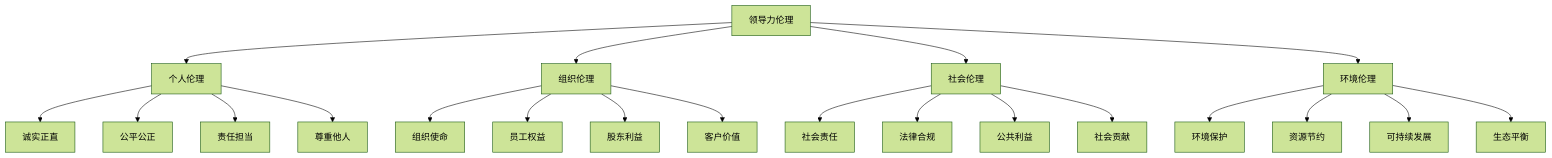
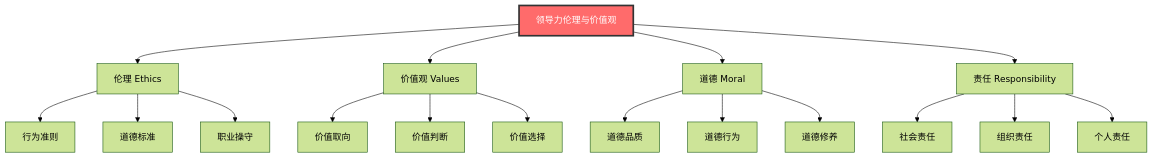
One commit to Anping2017/obsidian changed the first of 6 diagrams in 企业领导力/01-基础认知层/05-领导力伦理与价值观.md. Above: the diagram before and after it, drawn with Mermaid (forest theme). The commit also changed other lines of this file and 8 other files, not shown here.

````diff
--- a/企业领导力/01-基础认知层/05-领导力伦理与价值观.md
+++ b/企业领导力/01-基础认知层/05-领导力伦理与价值观.md
@@ -14,27 +6,25 @@
 ```mermaid
 graph TD
-    A[领导力伦理] --> B[个人伦理]
-    A --> C[组织伦理]
-    A --> D[社会伦理]
-    A --> E[环境伦理]
+    A[领导力伦理与价值观] --> B[伦理 Ethics]
+    A --> C[价值观 Values]
+    A --> D[道德 Moral]
+    A --> E[责任 Responsibility]
     
-    B --> B1[诚实正直]
-    B --> B2[公平公正]
-    B --> B3[责任担当]
-    B --> B4[尊重他人]
+    B --> B1[行为准则]
+    B --> B2[道德标准]
+    B --> B3[职业操守]
     
-    C --> C1[组织使命]
-    C --> C2[员工权益]
-    C --> C3[股东利益]
-    C --> C4[客户价值]
+    C --> C1[价值取向]
+    C --> C2[价值判断]
+    C --> C3[价值选择]
     
-    D --> D1[社会责任]
-    D --> D2[法律合规]
-    D --> D3[公共利益]
-    D --> D4[社会贡献]
+    D --> D1[道德品质]
+    D --> D2[道德行为]
+    D --> D3[道德修养]
     
-    E --> E1[环境保护]
-    E --> E2[资源节约]
-    E --> E3[可持续发展]
-    E --> E4[生态平衡]
+    E --> E1[社会责任]
+    E --> E2[组织责任]
+    E --> E3[个人责任]
+    
+    style A fill:#ff6b6b,stroke:#333,stroke-width:3px,color:#fff
 ```
````
